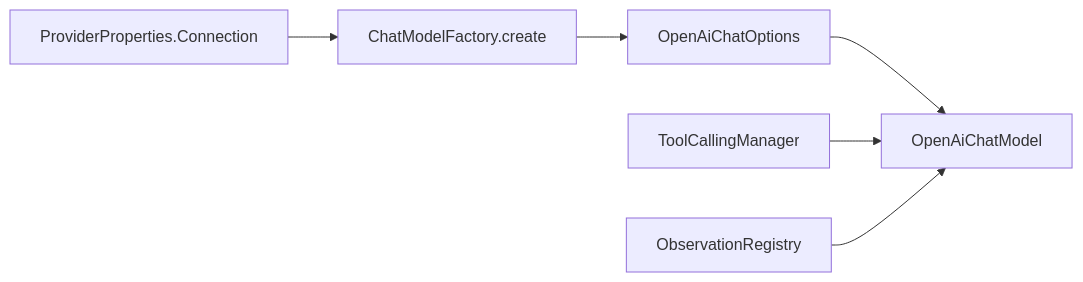
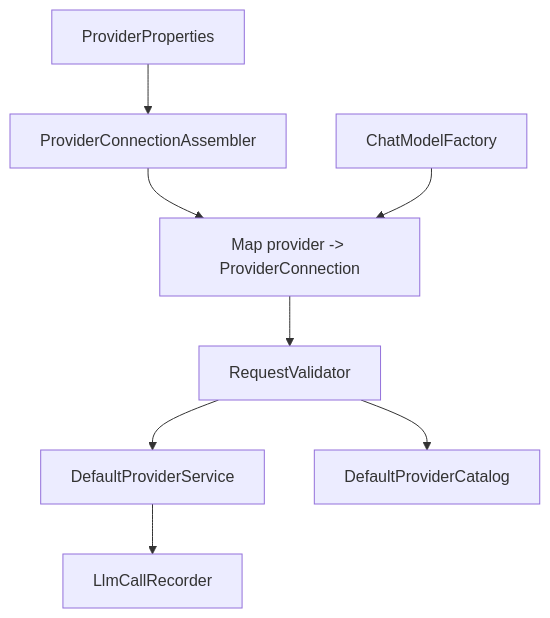
Before and after one commit to wangkaiqistart/agent-os: the diagram in docs/code-reading/AgentOS-provider.md, drawn with Mermaid. The commit also changed other lines of this file and 10 other files, not shown here.

````diff
--- a/docs/code-reading/AgentOS-provider.md
+++ b/docs/code-reading/AgentOS-provider.md
@@ -151,8 +9,10 @@
 ```mermaid
-flowchart LR
-    C[ProviderProperties.Connection] --> F[ChatModelFactory.create]
-    F --> O[OpenAiChatOptions]
-    O --> M[OpenAiChatModel]
-    T[ToolCallingManager] --> M
-    R[ObservationRegistry] --> M
+flowchart TD
+    Props[ProviderProperties] --> Assembler[ProviderConnectionAssembler]
+    Assembler --> Connections[Map provider -> ProviderConnection]
+    Factory[ChatModelFactory] --> Connections
+    Connections --> Validator[RequestValidator]
+    Validator --> Service[DefaultProviderService]
+    Validator --> Catalog[DefaultProviderCatalog]
+    Service --> Recorder[LlmCallRecorder]
 ```
````
